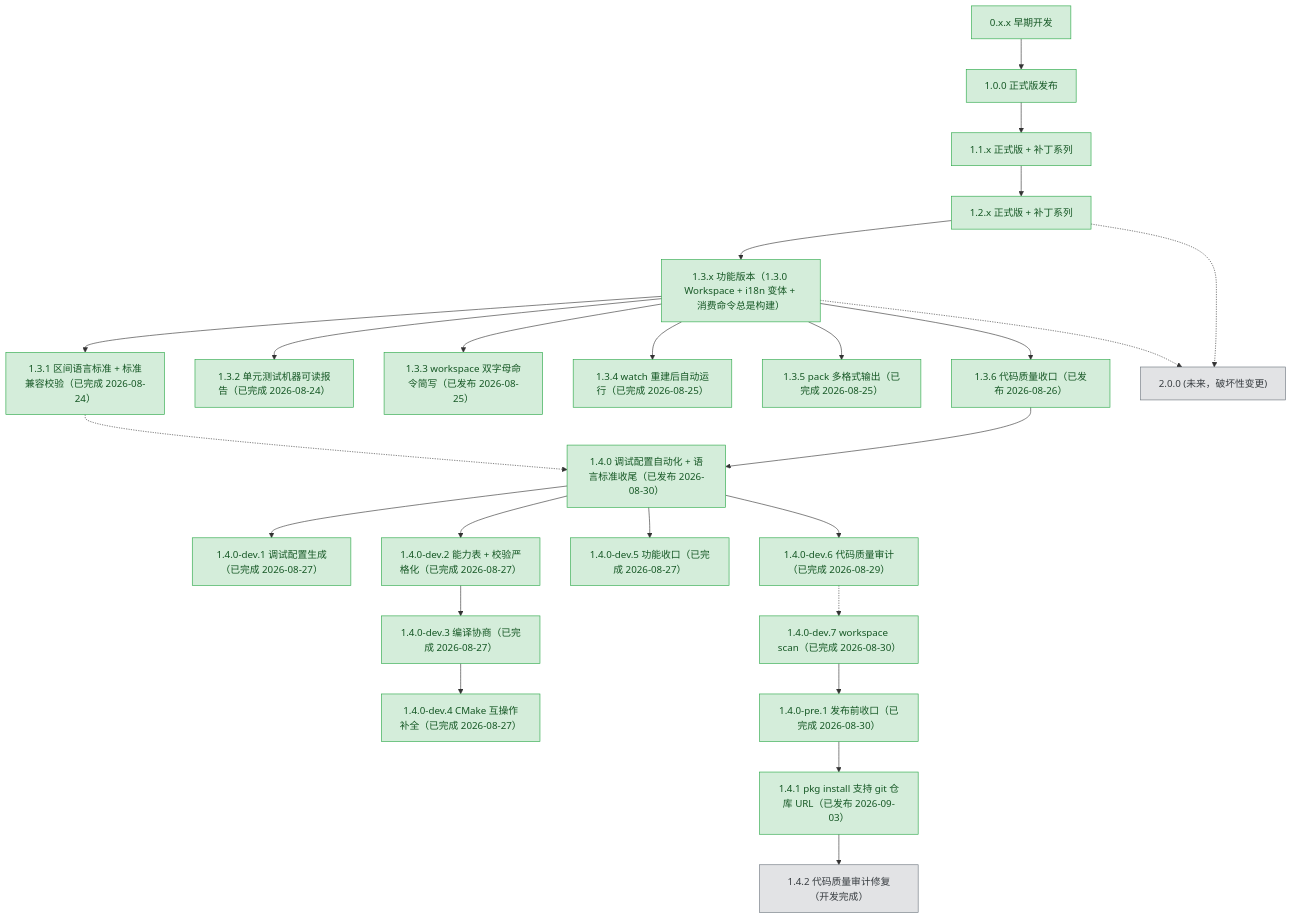
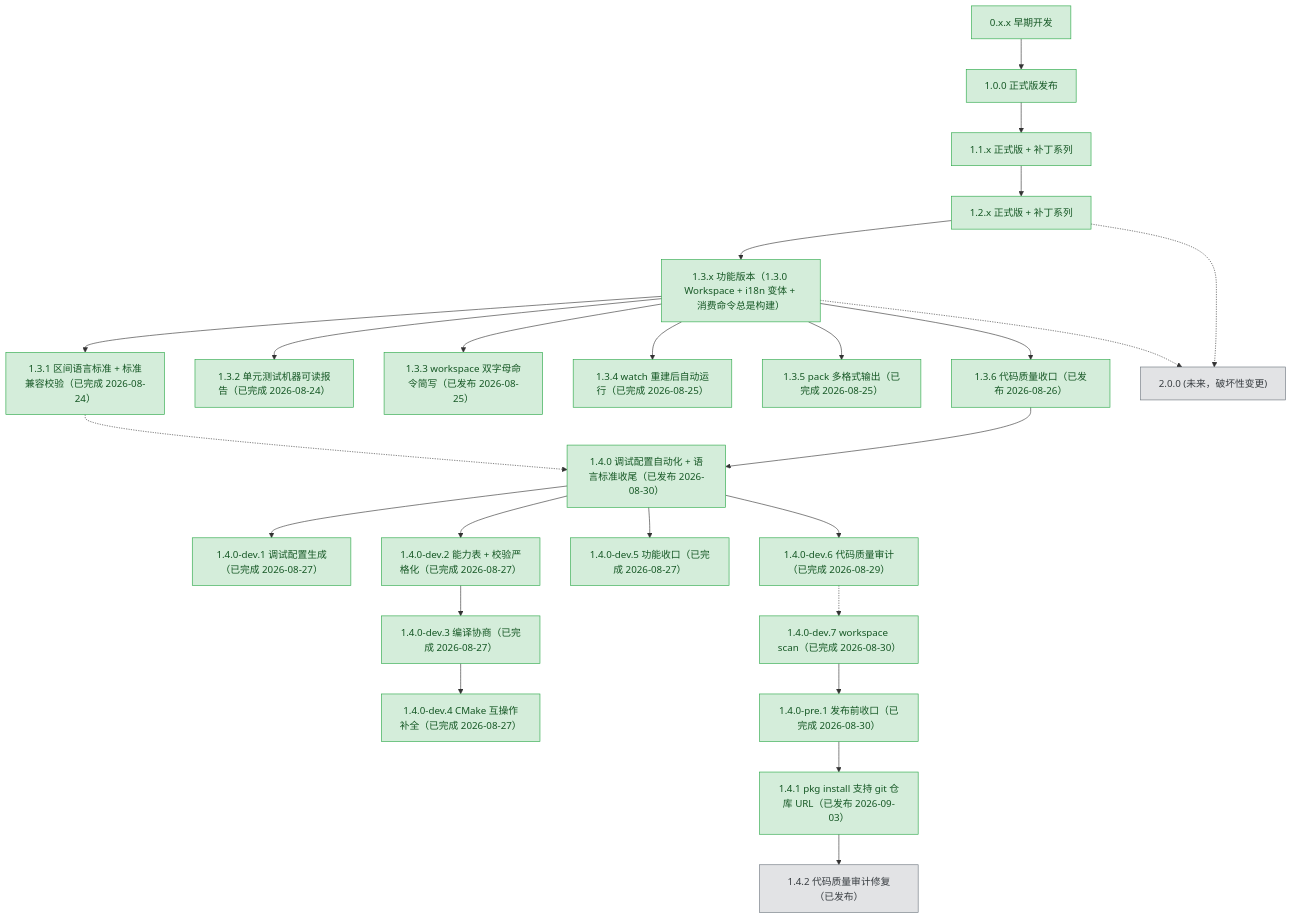
The diagram in plans/README.md (3667808244/EazyMake), drawn with Mermaid before and after one commit. The commit also changed other lines of this file and 6 other files, not shown here.

````diff
--- a/plans/README.md
+++ b/plans/README.md
@@ -66,78 +68,78 @@
 ```mermaid
 graph TD
     v0xx["0.x.x 早期开发"]
     v100["1.0.0 正式版发布"]
     v11x["1.1.x 正式版 + 补丁系列"]
     v12x["1.2.x 正式版 + 补丁系列"]
     v13x["1.3.x 功能版本（1.3.0 Workspace + i18n 变体 + 消费命令总是构建）"]
     v131["1.3.1 区间语言标准 + 标准兼容校验（已完成 2026-08-24）"]
     v132["1.3.2 单元测试机器可读报告（已完成 2026-08-24）"]
     v133["1.3.3 workspace 双字母命令简写（已发布 2026-08-25）"]
     v134["1.3.4 watch 重建后自动运行（已完成 2026-08-25）"]
     v135["1.3.5 pack 多格式输出（已完成 2026-08-25）"]
     v136["1.3.6 代码质量收口（已发布 2026-08-26）"]
     v140["1.4.0 调试配置自动化 + 语言标准收尾（已发布 2026-08-30）"]
     v141["1.4.0-dev.1 调试配置生成（已完成 2026-08-27）"]
     v142["1.4.0-dev.2 能力表 + 校验严格化（已完成 2026-08-27）"]
     v143["1.4.0-dev.3 编译协商（已完成 2026-08-27）"]
     v144["1.4.0-dev.4 CMake 互操作补全（已完成 2026-08-27）"]
     v145["1.4.0-dev.5 功能收口（已完成 2026-08-27）"]
     v146["1.4.0-dev.6 代码质量审计（已完成 2026-08-29）"]
     v147["1.4.0-dev.7 workspace scan（已完成 2026-08-30）"]
     v148["1.4.0-pre.1 发布前收口（已完成 2026-08-30）"]
     v141p["1.4.1 pkg install 支持 git 仓库 URL（已发布 2026-09-03）"]
-    v142p["1.4.2 代码质量审计修复（开发完成）"]
+    v142p["1.4.2 代码质量审计修复（已发布）"]
     v200["2.0.0 (未来，破坏性变更)"]
 
     v0xx --> v100
     v100 --> v11x
     v11x --> v12x
     v12x --> v13x
     v13x --> v131
     v13x --> v132
     v13x --> v133
     v13x --> v134
     v13x --> v135
     v13x --> v136
     v136 --> v140
     v140 --> v141
     v140 --> v142
     v142 --> v143
     v143 --> v144
     v140 --> v145
     v140 --> v146
     v146 -.-> v147
     v147 --> v148
     v148 --> v141p
     v141p --> v142p
     v131 -.-> v140
     v12x -.-> v200
     v13x -.-> v200
 
     classDef done fill:#d4edda,stroke:#28a745,color:#155724;
     classDef active fill:#fff3cd,stroke:#ffc107,color:#856404;
     classDef todo fill:#e2e3e5,stroke:#6c757d,color:#383d41;
 
     class v0xx,v100 done;
     class v11x done;
     class v12x done;
     class v13x done;
     class v131 done;
     class v132 done;
     class v133 done;
     class v134 done;
     class v135 done;
     class v136 done;
     class v140 done;
     class v141 done;
     class v142 done;
     class v143 done;
     class v144 done;
     class v145 done;
     class v146 done;
     class v147 done;
     class v148 done;
     class v141p done;
     class v142p todo;
     class v200 todo;
 ```
````
